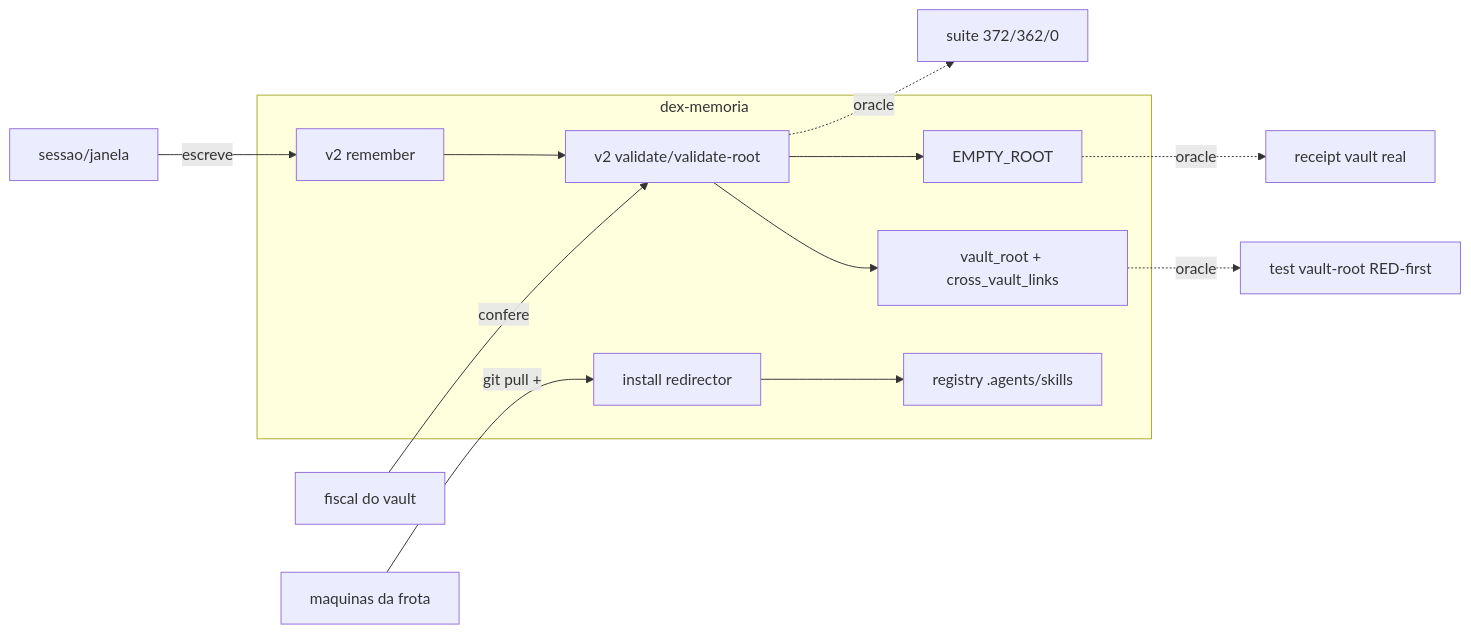
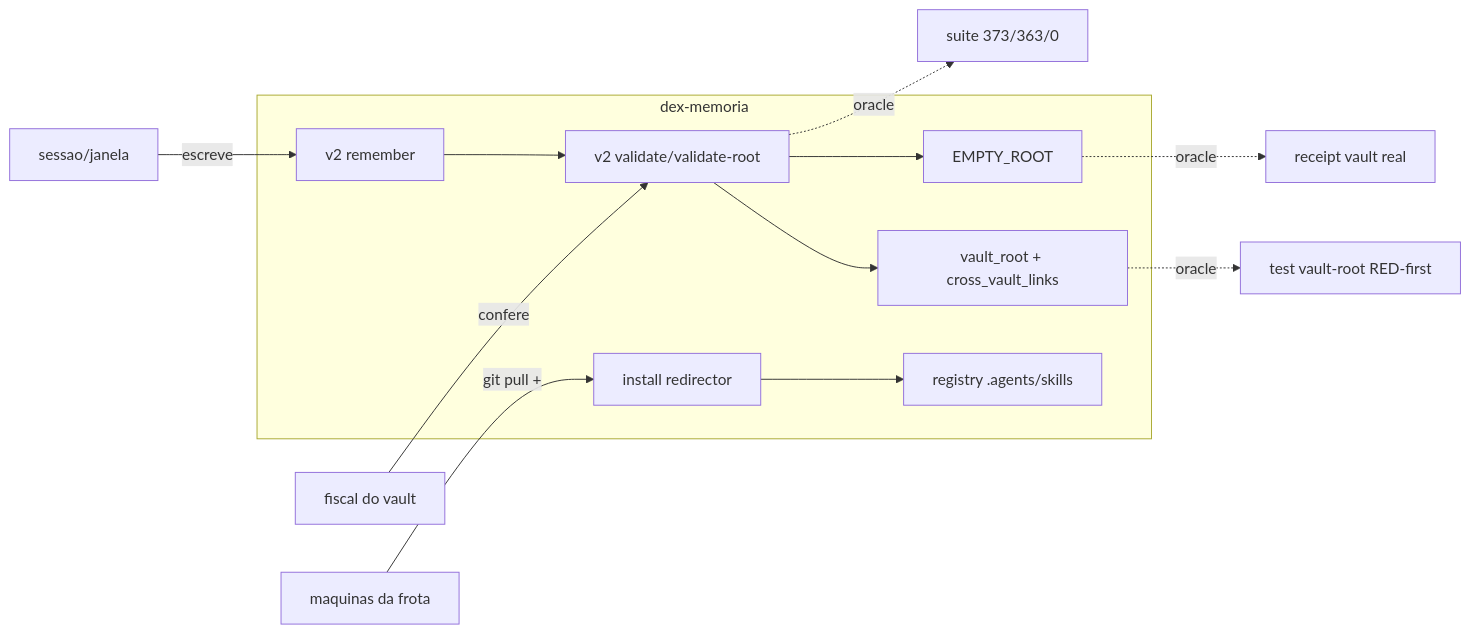
The diagram in CAPACITY.md (dex-agent/dex-memoria), drawn with Mermaid before and after one commit. The commit also changed other lines of this file and 18 other files, not shown here.

````diff
--- a/CAPACITY.md
+++ b/CAPACITY.md
@@ -36,15 +39,15 @@
 ```mermaid
 flowchart LR
   subgraph pacote[dex-memoria]
     REM[v2 remember] --> VAL[v2 validate/validate-root]
     VAL --> VR[vault_root + cross_vault_links]
     VAL --> ER[EMPTY_ROOT]
     INS[install redirector] --> REG[registry .agents/skills]
   end
   SESS[sessao/janela] -->|escreve| REM
   FISC[fiscal do vault] -->|confere| VAL
   FROTA[maquinas da frota] -->|git pull +| INS
-  VAL -.->|oracle| TEST[suite 372/362/0]
+  VAL -.->|oracle| TEST[suite 373/363/0]
   VR -.->|oracle| VRT[test vault-root RED-first]
   ER -.->|oracle| REAL[receipt vault real]
 ```
````
